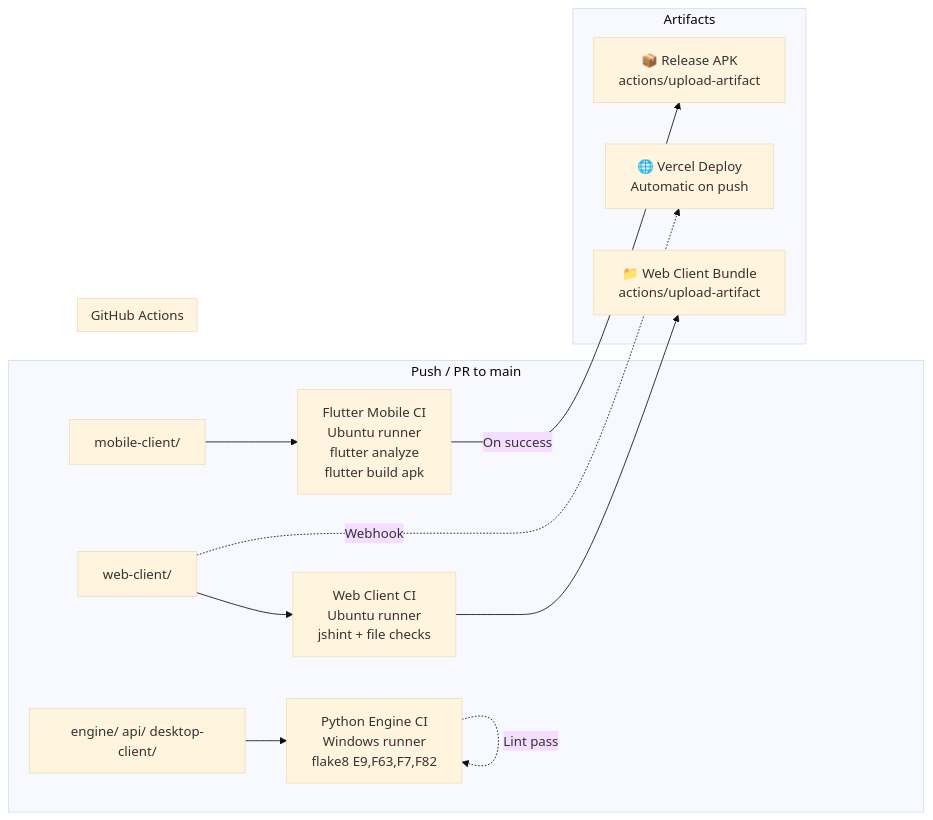
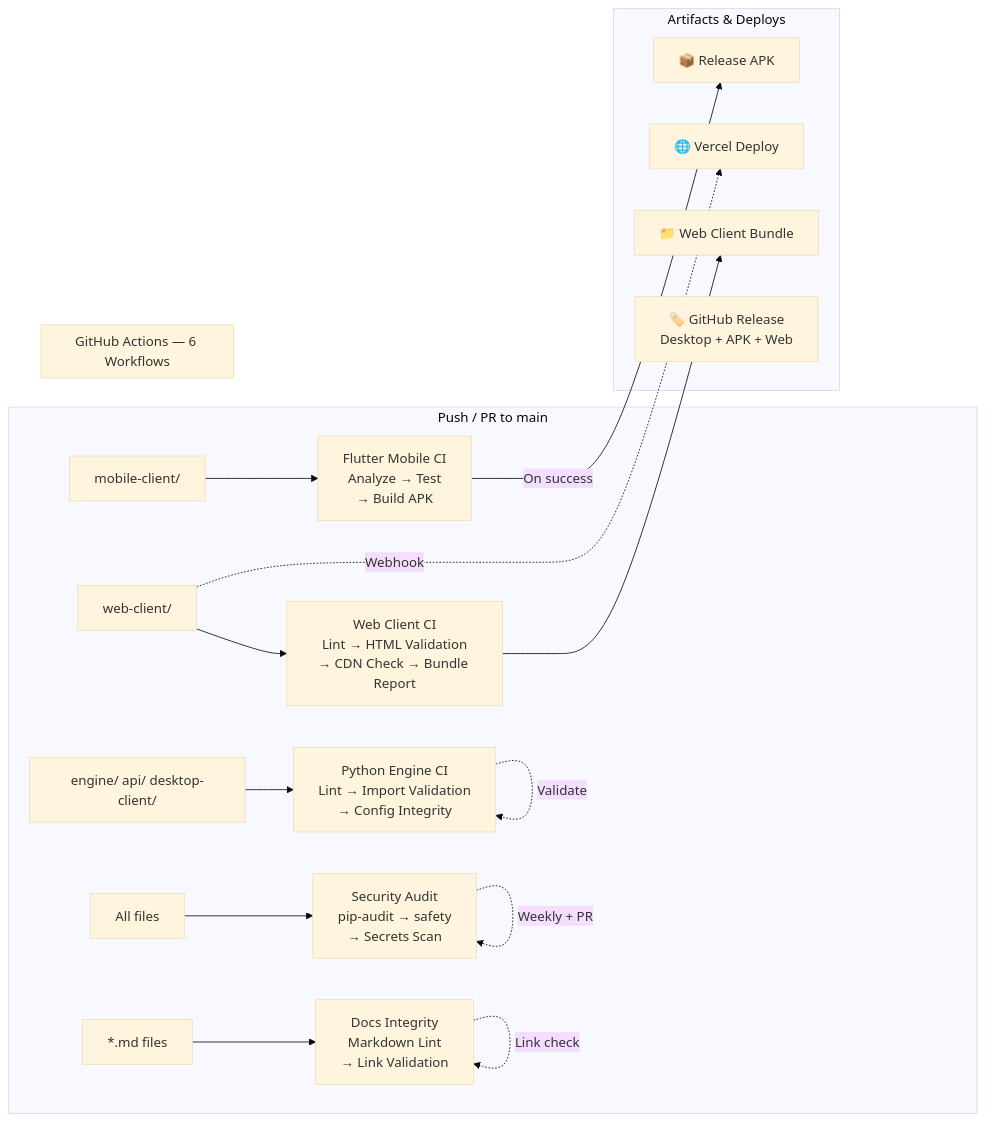
Before and after one commit to RajTewari01/Spatial_tracer: the fifth of 5 diagrams in README.md, drawn with Mermaid (base theme). The commit also changed other lines of this file and 6 other files, not shown here.

Commit message:
ci: add 3 new workflows (security-audit, docs-integrity, release) + upgrade existing 3 with validation steps

````diff
--- a/README.md
+++ b/README.md
@@ -483,25 +486,32 @@
 ```mermaid
 flowchart LR
     subgraph Trigger["Push / PR to main"]
         P["engine/ api/ desktop-client/"] --> PY
         M["mobile-client/"] --> FL
         W["web-client/"] --> WC
+        ALL["All files"] --> SEC
+        D["*.md files"] --> DOC
     end
 
-    subgraph CI["GitHub Actions"]
-        PY["Python Engine CI\nWindows runner\nflake8 E9,F63,F7,F82"]
-        FL["Flutter Mobile CI\nUbuntu runner\nflutter analyze\nflutter build apk"]
-        WC["Web Client CI\nUbuntu runner\njshint + file checks"]
+    subgraph CI["GitHub Actions — 6 Workflows"]
+        PY["Python Engine CI\nLint → Import Validation\n→ Config Integrity"]
+        FL["Flutter Mobile CI\nAnalyze → Test\n→ Build APK"]
+        WC["Web Client CI\nLint → HTML Validation\n→ CDN Check → Bundle Report"]
+        SEC["Security Audit\npip-audit → safety\n→ Secrets Scan"]
+        DOC["Docs Integrity\nMarkdown Lint\n→ Link Validation"]
     end
 
-    subgraph Output["Artifacts"]
-        APK["📦 Release APK\nactions/upload-artifact"]
-        VERCEL["🌐 Vercel Deploy\nAutomatic on push"]
-        WCA["📁 Web Client Bundle\nactions/upload-artifact"]
+    subgraph Output["Artifacts & Deploys"]
+        APK["📦 Release APK"]
+        VERCEL["🌐 Vercel Deploy"]
+        WCA["📁 Web Client Bundle"]
+        REL["🏷️ GitHub Release\nDesktop + APK + Web"]
     end
 
-    PY -.->|"Lint pass"| PY
+    PY -.->|"Validate"| PY
     FL -->|"On success"| APK
     WC --> WCA
     W -.->|"Webhook"| VERCEL
+    SEC -.->|"Weekly + PR"| SEC
+    DOC -.->|"Link check"| DOC
 ```
````
